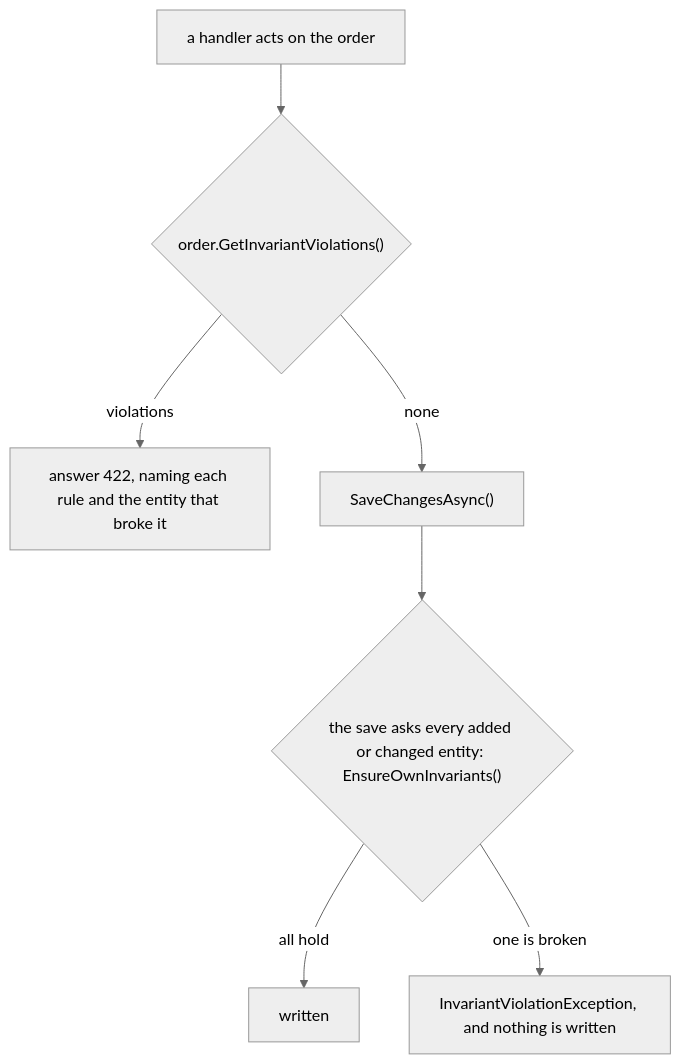
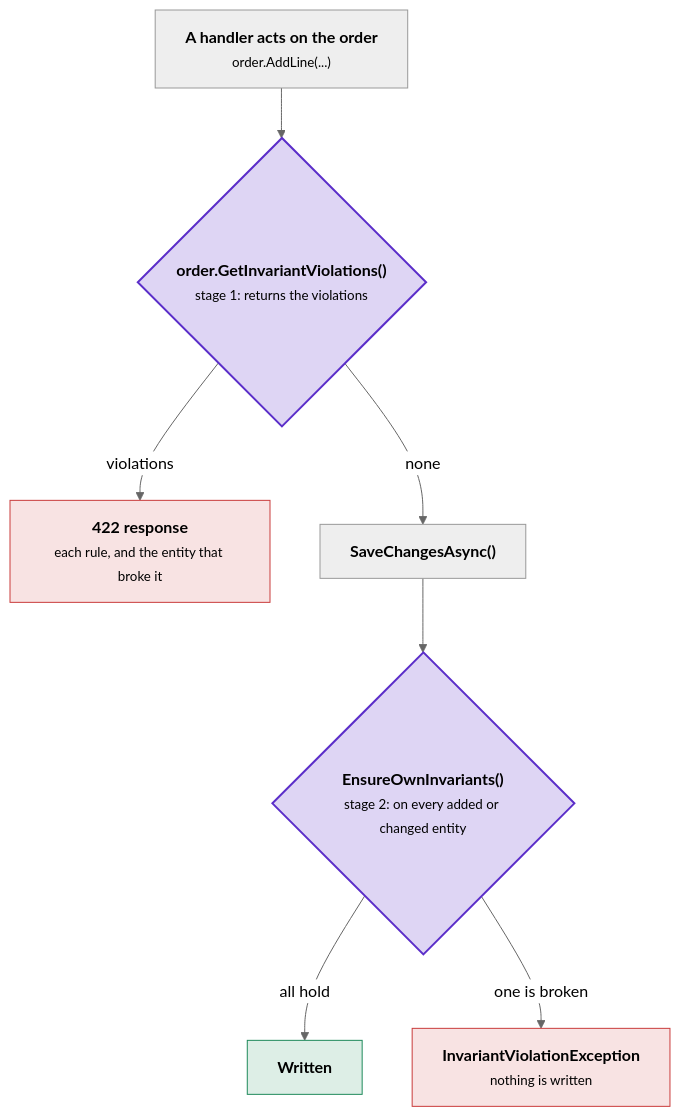
The diagram in docs/invariants.md (DylanSnel/DDDToolkit), drawn with Mermaid (neutral theme) before and after one commit. The commit also changed other lines of this file and 41 other files, not shown here.

First line of the commit message:
Docs: plain prose, one word per concept, and readable diagrams on every page

````diff
--- a/docs/invariants.md
+++ b/docs/invariants.md
@@ -209,9 +211,22 @@
 ```mermaid
 flowchart TD
-    Act["a handler acts on the order"] --> Ask{"order.GetInvariantViolations()"}
-    Ask -->|"violations"| Refuse["answer 422, naming each rule and the entity that broke it"]
-    Ask -->|"none"| Save["SaveChangesAsync()"]
-    Save --> Check{"the save asks every added or changed entity: EnsureOwnInvariants()"}
-    Check -->|"all hold"| Written["written"]
-    Check -->|"one is broken"| Throw["InvariantViolationException, and nothing is written"]
+    act["<b>A handler acts on the order</b><br/><small>order.AddLine(...)</small>"]
+    ask{"<b>order.GetInvariantViolations()</b><br/><small>stage 1: returns the violations</small>"}
+    refuse["<b>422 response</b><br/><small>each rule, and the entity that broke it</small>"]
+    save["<b>SaveChangesAsync()</b>"]
+    check{"<b>EnsureOwnInvariants()</b><br/><small>stage 2: on every added or changed entity</small>"}
+    written["<b>Written</b>"]
+    thrown["<b>InvariantViolationException</b><br/><small>nothing is written</small>"]
+    act --> ask
+    ask -->|"violations"| refuse
+    ask -->|"none"| save
+    save --> check
+    check -->|"all hold"| written
+    check -->|"one is broken"| thrown
+    classDef strong fill:#5b2ec933,stroke:#5b2ec9,stroke-width:2px
+    classDef good fill:#1f8a5b26,stroke:#1f8a5b
+    classDef bad fill:#c93c3c24,stroke:#c93c3c
+    class ask,check strong
+    class written good
+    class refuse,thrown bad
 ```
````
